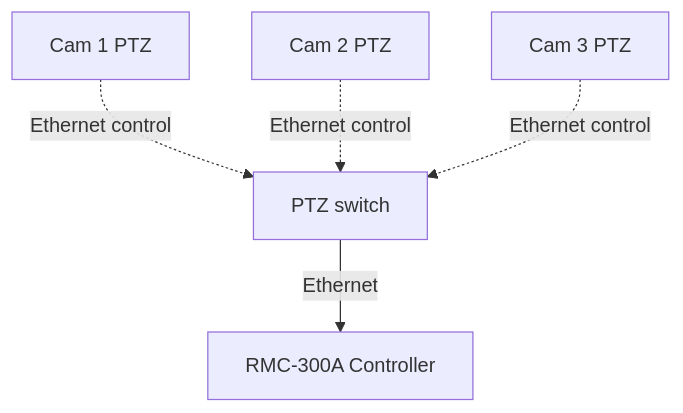
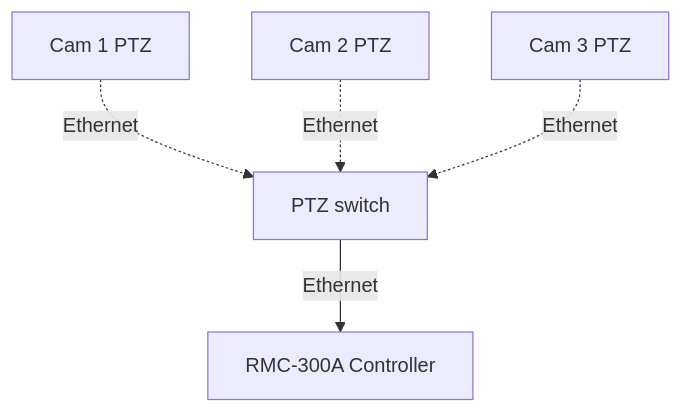
One commit to nmummau/mjmc-tech-docs changed the second of 2 diagrams in docs/big-picture.md. Above: the diagram before and after it, drawn with Mermaid. The commit also changed other lines of this file and 5 other files, not shown here.

Commit message:
docs: add power and wiring diagrams

````diff
--- a/docs/big-picture.md
+++ b/docs/big-picture.md
@@ -75,7 +89,13 @@
 ```mermaid
 flowchart TB
-    CAM1[Cam 1 PTZ] -.Ethernet control.-> SW[PTZ switch]
-    CAM2[Cam 2 PTZ] -.Ethernet control.-> SW
-    CAM3[Cam 3 PTZ] -.Ethernet control.-> SW
+    CAM1[Cam 1 PTZ] -.Ethernet.-> SW[PTZ switch]
+    CAM2[Cam 2 PTZ] -.Ethernet.-> SW
+    CAM3[Cam 3 PTZ] -.Ethernet.-> SW
     SW -->|Ethernet| RMC[RMC-300A Controller]
+
+    click CAM1 "/mjmc-tech-docs/equipment/cameras.html#ptc-150-cameras" "Open camera wiring details"
+    click CAM2 "/mjmc-tech-docs/equipment/cameras.html#ptc-150-cameras" "Open camera wiring details"
+    click CAM3 "/mjmc-tech-docs/equipment/cameras.html#ptc-150-cameras" "Open camera wiring details"
+    click SW "/mjmc-tech-docs/equipment/cameras.html#switch" "Open PTZ switch details"
+    click RMC "/mjmc-tech-docs/equipment/cameras.html#rmc-300a-controller" "Open RMC-300A details"
 ```
````
